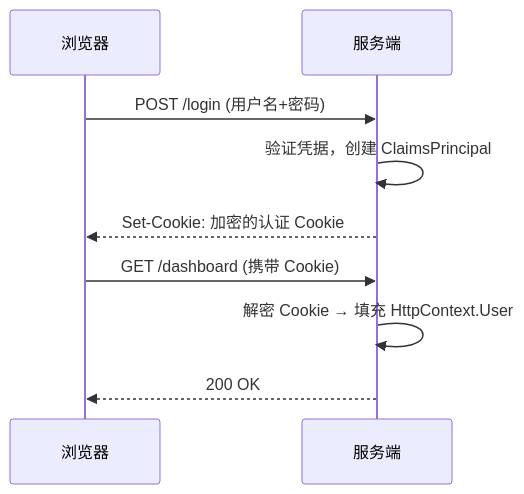
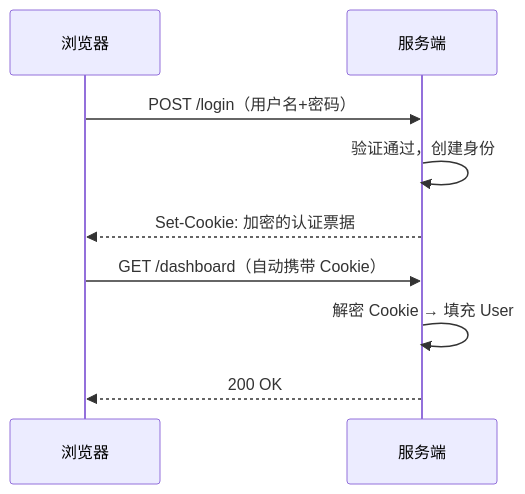
One commit to koeltp/blog changed the sixth of 9 diagrams in docs/dotnet/auth/01认证基础与中间件管道.md. Above: the diagram before and after it, drawn with Mermaid. The commit also changed other lines of this file and 21 other files, not shown here.

````diff
--- a/docs/dotnet/auth/01认证基础与中间件管道.md
+++ b/docs/dotnet/auth/01认证基础与中间件管道.md
@@ -131,11 +226,11 @@
 ```mermaid
 sequenceDiagram
     participant 浏览器
     participant 服务端
-    浏览器->>服务端: POST /login (用户名+密码)
-    服务端->>服务端: 验证凭据，创建 ClaimsPrincipal
-    服务端-->>浏览器: Set-Cookie: 加密的认证 Cookie
-    浏览器->>服务端: GET /dashboard (携带 Cookie)
-    服务端->>服务端: 解密 Cookie → 填充 HttpContext.User
+    浏览器->>服务端: POST /login（用户名+密码）
+    服务端->>服务端: 验证通过，创建身份
+    服务端-->>浏览器: Set-Cookie: 加密的认证票据
+    浏览器->>服务端: GET /dashboard（自动携带 Cookie）
+    服务端->>服务端: 解密 Cookie → 填充 User
     服务端-->>浏览器: 200 OK
 ```
````
